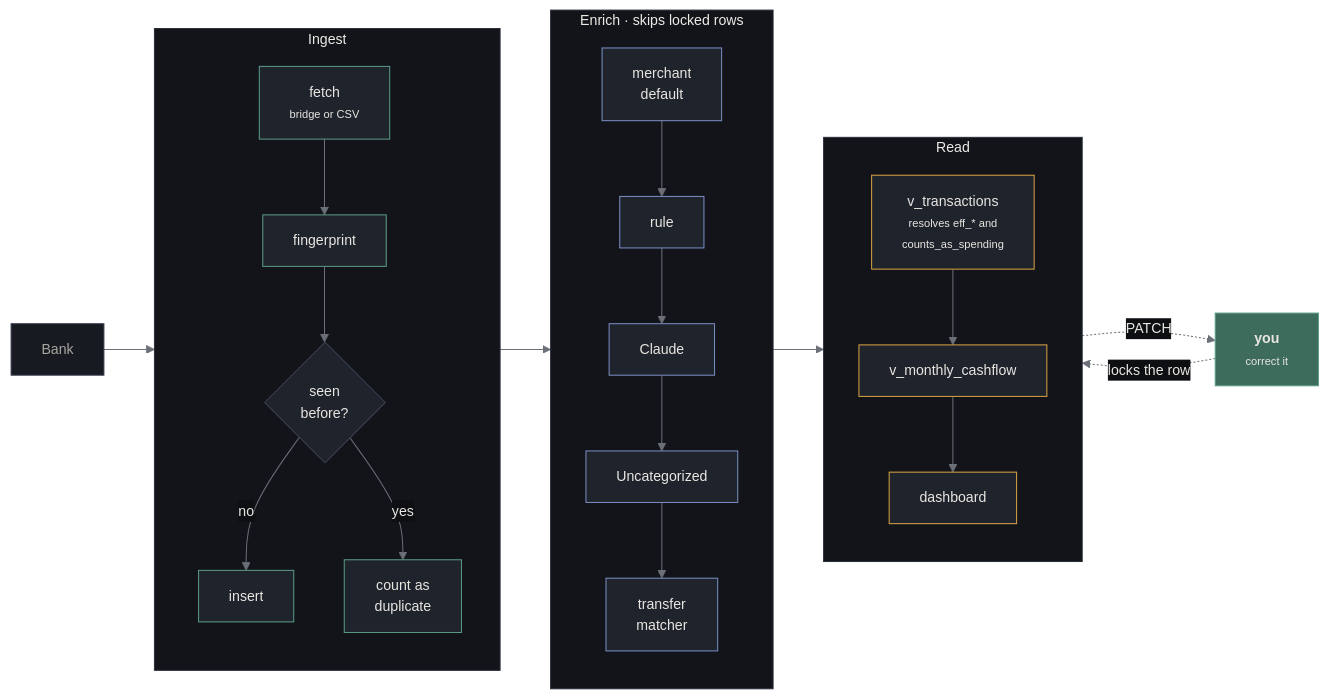
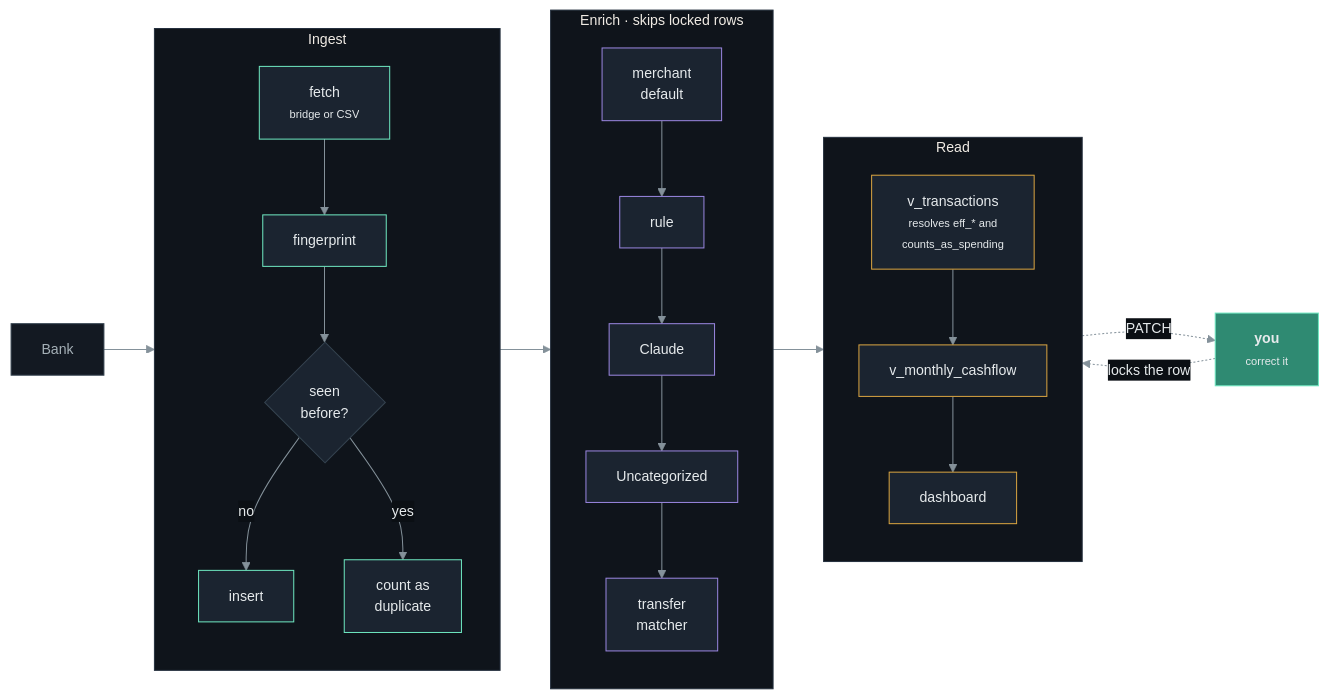
One commit to aryamanram/personal-finance-manager changed the first of 2 diagrams in docs/architecture/data-flow.md. Above: the diagram before and after it, drawn with Mermaid. The commit also changed other lines of this file and 8 other files, not shown here.

````diff
--- a/docs/architecture/data-flow.md
+++ b/docs/architecture/data-flow.md
@@ -8,57 +8,57 @@
 ```mermaid
 %%{init: {'theme':'base','themeVariables':{
   'background':'transparent',
-  'primaryColor':'#1f232c','primaryTextColor':'#e8e6e1','primaryBorderColor':'#3a4150',
-  'lineColor':'#6b6f78','secondaryColor':'#171a21','tertiaryColor':'#12141a',
-  'clusterBkg':'#12141a','clusterBorder':'#2a2f3a',
-  'edgeLabelBackground':'#0d0f13','fontSize':'14px'
+  'primaryColor':'#1b2430','primaryTextColor':'#e6eaec','primaryBorderColor':'#34424f',
+  'lineColor':'#84919a','secondaryColor':'#131922','tertiaryColor':'#0f141b',
+  'clusterBkg':'#0f141b','clusterBorder':'#25303e',
+  'edgeLabelBackground':'#0b0f14','fontSize':'14px'
 }}}%%
 flowchart LR
     bank["Bank"]
 
     subgraph in["Ingest"]
         direction TB
         fetch["fetch<br/><span style='font-size:11px'>bridge or CSV</span>"]
         fp["fingerprint"]
         dedup{"seen<br/>before?"}
         insert["insert"]
         skip["count as<br/>duplicate"]
     end
 
     subgraph enrich["Enrich · skips locked rows"]
         direction TB
         merchant["merchant<br/>default"]
         rule["rule"]
         model["Claude"]
         uncat["Uncategorized"]
         pair["transfer<br/>matcher"]
     end
 
     subgraph read["Read"]
         direction TB
         view["v_transactions<br/><span style='font-size:11px'>resolves eff_* and<br/>counts_as_spending</span>"]
         totals["v_monthly_cashflow"]
         screen["dashboard"]
     end
 
     human["<b>you</b><br/><span style='font-size:11px'>correct it</span>"]
 
     bank --> fetch --> fp --> dedup
     dedup -->|no| insert
     dedup -->|yes| skip
     insert --> merchant --> rule --> model --> uncat
     uncat --> pair --> view --> totals --> screen
     screen -.->|"PATCH"| human
     human -.->|"locks the row"| view
 
-    classDef ing fill:#1f232c,stroke:#5b9c85,color:#e8e6e1
-    classDef enr fill:#1f232c,stroke:#7b8fc4,color:#e8e6e1
-    classDef rd fill:#1f232c,stroke:#d9a441,color:#e8e6e1
-    classDef ext fill:#171a21,stroke:#3a4150,color:#a8a69f
-    classDef hum fill:#3d6b5c,stroke:#5b9c85,color:#e8e6e1
+    classDef ing fill:#1b2430,stroke:#6ee7c0,color:#e6eaec
+    classDef enr fill:#1b2430,stroke:#9a86e0,color:#e6eaec
+    classDef rd fill:#1b2430,stroke:#d9a441,color:#e6eaec
+    classDef ext fill:#131922,stroke:#34424f,color:#a5b0b7
+    classDef hum fill:#2f8a72,stroke:#6ee7c0,color:#e6eaec
     class fetch,fp,insert,skip ing
     class merchant,rule,model,uncat,pair enr
     class view,totals,screen rd
     class bank ext
     class human hum
 ```
````
